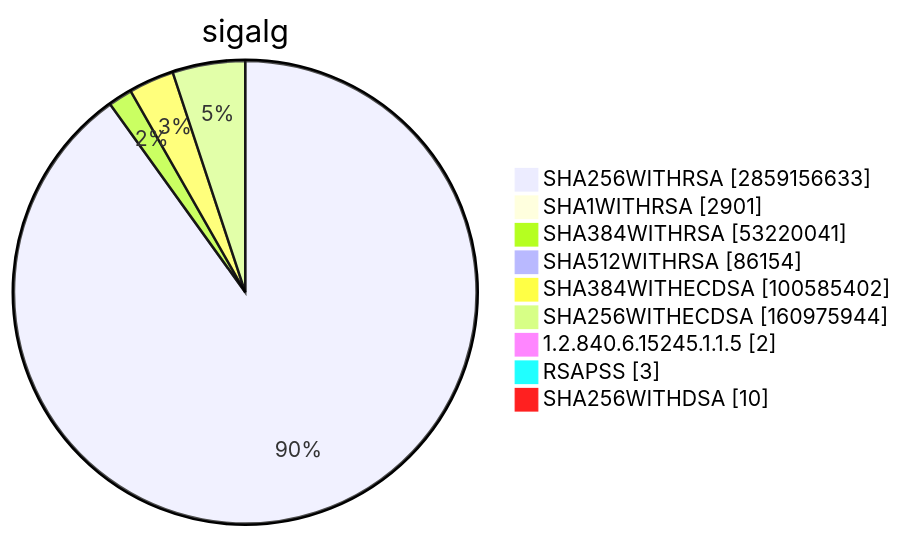
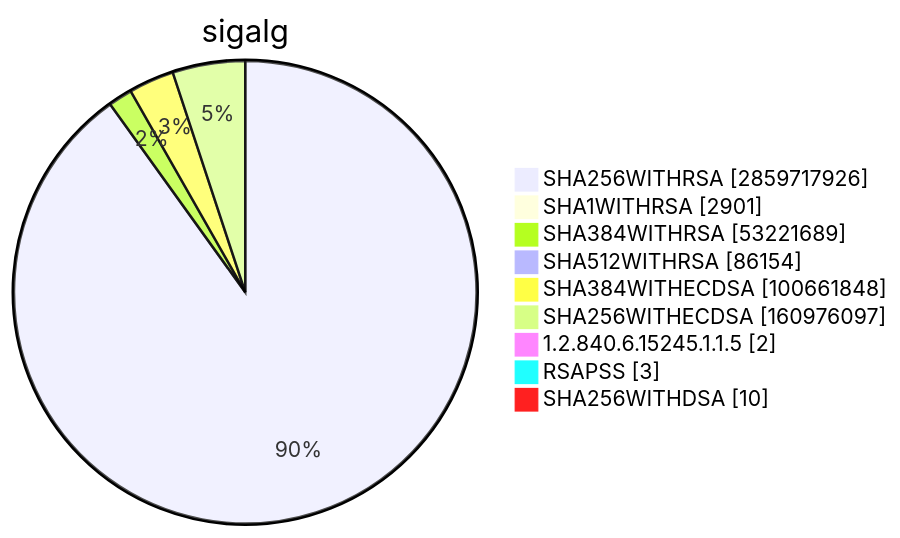
Diagram 15 of 15 in TOTAL/README.md (christiankrug/ctmonitor_visualization), drawn with Mermaid before and after one commit. The commit also changed other lines of this file, not shown here.

````diff
--- a/TOTAL/README.md
+++ b/TOTAL/README.md
@@ -6207,13 +6207,13 @@
 ```mermaid
 pie showData
 title sigalg
-"SHA256WITHRSA" :2859156633
+"SHA256WITHRSA" :2859717926
 "SHA1WITHRSA" :2901
-"SHA384WITHRSA" :53220041
+"SHA384WITHRSA" :53221689
 "SHA512WITHRSA" :86154
-"SHA384WITHECDSA" :100585402
-"SHA256WITHECDSA" :160975944
+"SHA384WITHECDSA" :100661848
+"SHA256WITHECDSA" :160976097
 "1.2.840.6.15245.1.1.5" :2
 "RSAPSS" :3
 "SHA256WITHDSA" :10
 ```
````
